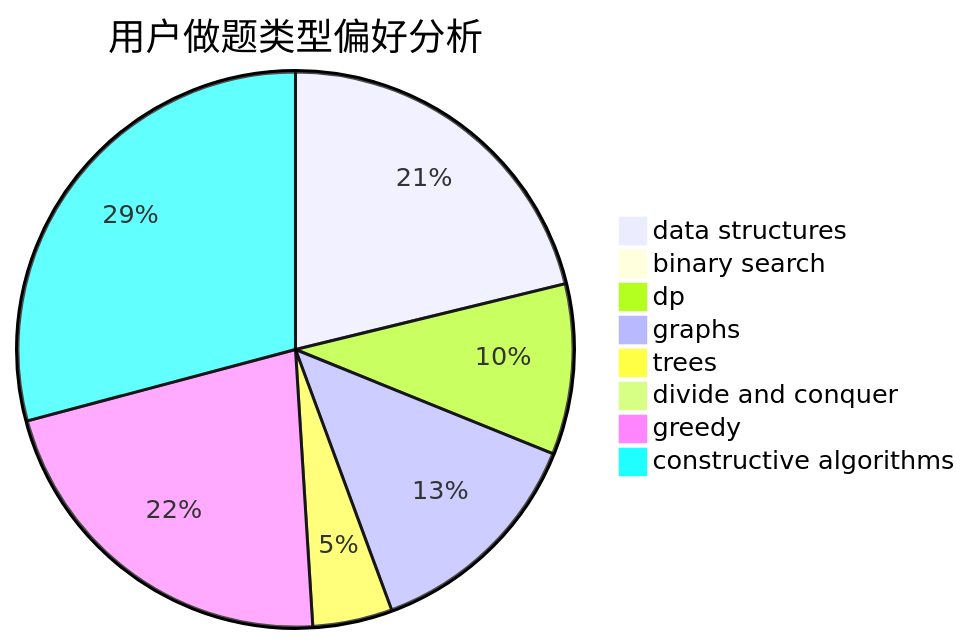
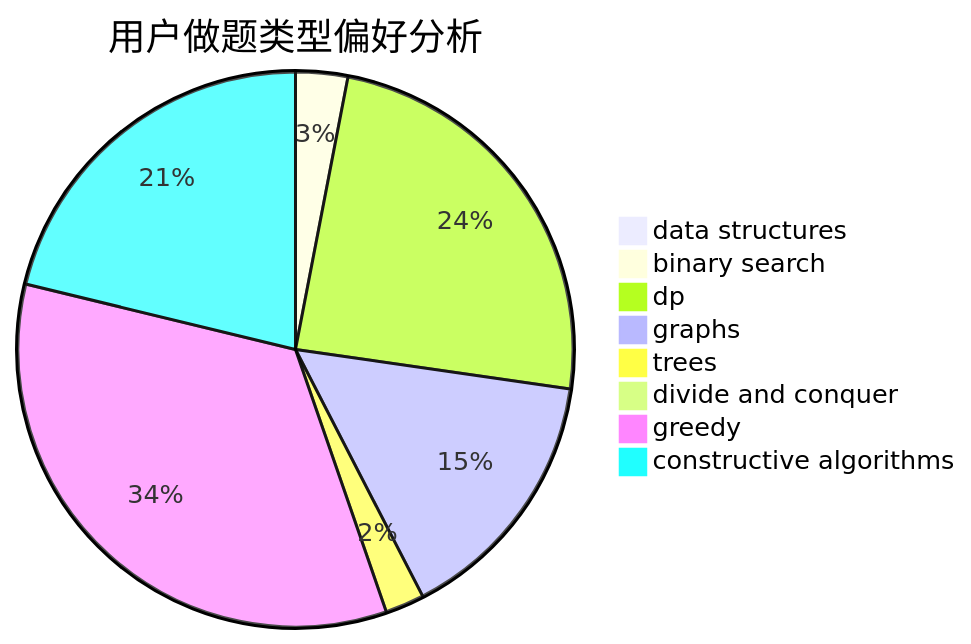
One commit to sherpahu/cfrs.github.io changed the second of 3 diagrams in docs/user/u2097.md. Above: the diagram before and after it, drawn with Mermaid. The commit also changed other lines of this file and 2770 other files, not shown here.

````diff
--- a/docs/user/u2097.md
+++ b/docs/user/u2097.md
@@ -23,11 +23,11 @@
 ```mermaid
 pie title 用户做题类型偏好分析
-    "data structures" :  32
-    "binary search" :  0
-    "dp" :  15
+    "data structures" :  1
+    "binary search" :  4
+    "dp" :  32
     "graphs" :  20
-    "trees" :  7
+    "trees" :  3
     "divide and conquer" :  0
-    "greedy" :  33
-    "constructive algorithms" :  44
+    "greedy" :  45
+    "constructive algorithms" :  28
 ```
````
